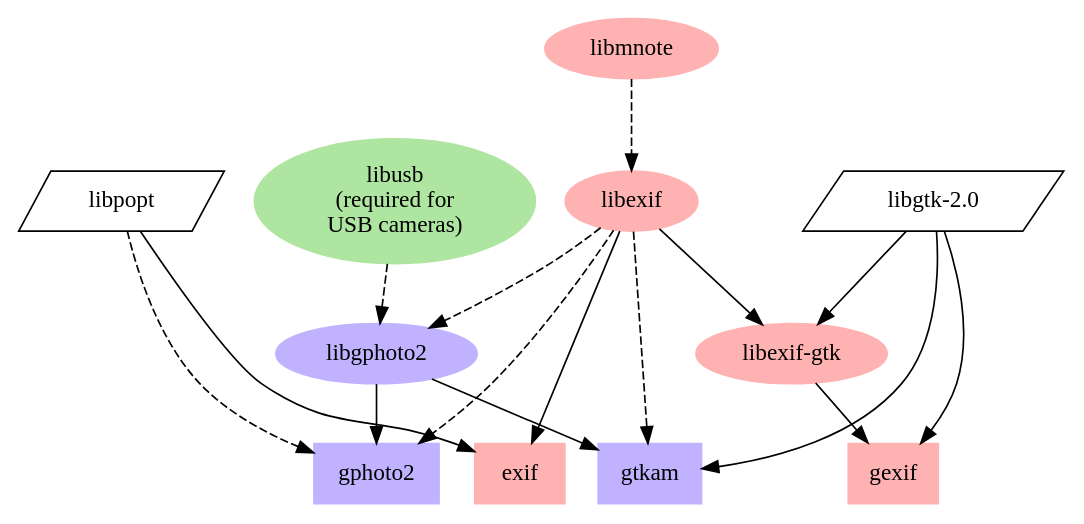
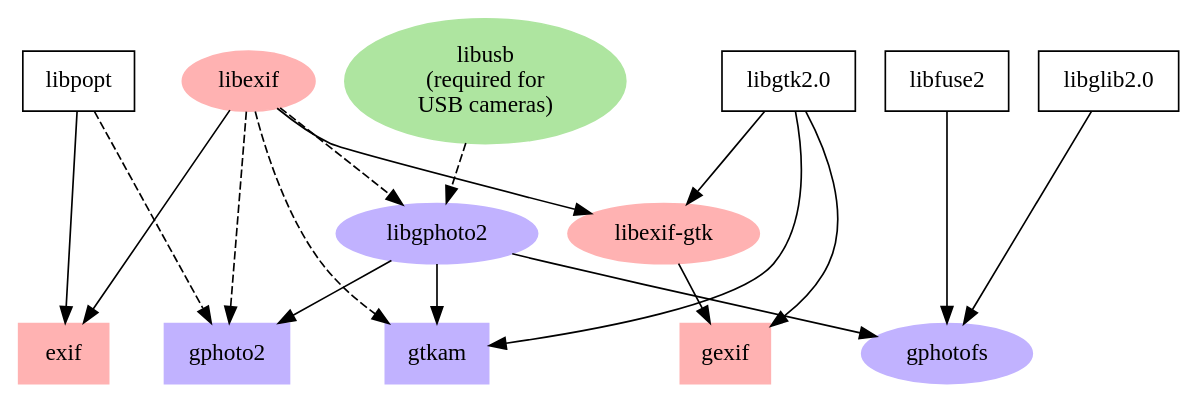
The diagram in gphoto2-manual/src/figures/software-dependencies.dot (rajbot/gphoto), drawn with Graphviz before and after one commit.

Commit message:
add gphotofs to, remove libmnote from software dependency graph

```diff
--- a/gphoto2-manual/src/figures/software-dependencies.dot
+++ b/gphoto2-manual/src/figures/software-dependencies.dot
@@ -1,68 +1,75 @@
 /* software-dependencies.dot
  * dependency graph of the software from the gphoto and libexif
  * projects
  */
 
 digraph "software dependencies" {
 
 	/* end user programs (frontends) */
 	{
 		rank=same;
 		node [shape=box];
 		gphoto2;gtkam;
 		exif;gexif;
 	}
 
 	/* external libraries */
 	{
 		rank=same;
-		node [shape=polygon,skew=.4];
-		libgtk; libpopt;
+		node [shape=polygon,skew=0];
+		libgtk; libpopt; libglib; libfuse;
 	}
 	
 	/* colors */
 
 	/* software from gphoto project */
 	gphoto2 [style=filled,color=".7 .3 1.0"];
+	gphotofs [style=filled,color=".7 .3 1.0"];
 	gtkam [style=filled,color=".7 .3 1.0"];
 	libgphoto2 [style=filled,color=".7 .3 1.0"];
 
 	/* software from libexif project */
 	exif [style=filled,color=".0 .3 1.0"];
 	gexif [style=filled,color=".0 .3 1.0"];
 	libexif [style=filled,color=".0 .3 1.0"];
-	libmnote [style=filled,color=".0 .3 1.0"];
+	/* obsolete libmnote [style=filled,color=".0 .3 1.0"]; */
 	libexifgtk [style=filled,color=".0 .3 1.0"];
 
 	/* naming */
 	libexifgtk [label="libexif-gtk"];
-	libgtk [label="libgtk-2.0"];
+	libgtk [label="libgtk2.0"];
+	libglib [label="libglib2.0"];
+	libfuse [label="libfuse2"];
 	libusb [label="libusb\n(required for\nUSB cameras)"];
 	
 	/* software from libusb project */
 	libusb [style=filled,color=".3 .3 .9"];
 
 	/* edges */
 	/* dashed edges denote optional stuff */
 	libgtk -> gexif;
 	libexifgtk -> gexif;
 
-	libmnote -> libexif [style=dashed];
+	/* obsolete libmnote -> libexif [style=dashed]; */
 
 	libgtk -> libexifgtk;
 	libexif -> libexifgtk;
 
 	libpopt -> exif;
 	libexif -> exif;
 
 	libexif -> libgphoto2 [style=dashed];
 	libusb -> libgphoto2 [style=dashed];
 
 	libexif -> gtkam [style=dashed];
 	libgtk -> gtkam;
 	libgphoto2 -> gtkam;
 
+	libglib -> gphotofs;
+	libfuse -> gphotofs;
+	libgphoto2 -> gphotofs;
+
 	libpopt -> gphoto2 [style=dashed];
 	libexif -> gphoto2 [style=dashed];
 	libgphoto2 -> gphoto2;
 }
```
